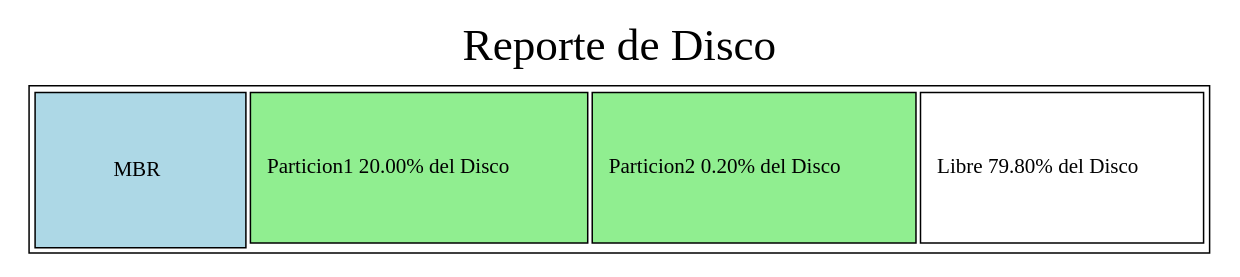
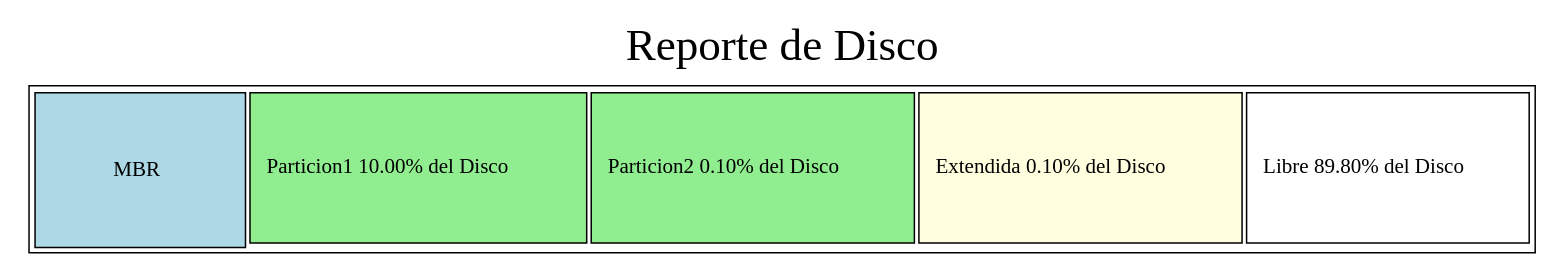
The diagram in PROYECTO/salidas/report_disk.dot (FJVicVel03/MIA_2S_P1_202111576), drawn with Graphviz before and after one commit. The commit also changed 18 other files, not shown here.

```diff
--- a/PROYECTO/salidas/report_disk.dot
+++ b/PROYECTO/salidas/report_disk.dot
@@ -1,13 +1,13 @@
 digraph G {
 rankdir=LR;
 margin=0.1;
 label="Reporte de Disco";
 labelloc="t";
 fontsize=30;
 node [shape=plaintext];
 n1 [label=<
 <TABLE BORDER="1" CELLBORDER="1" CELLSPACING="3" CELLPADDING="10">
 <TR>
 <TD ROWSPAN="2" WIDTH="140" HEIGHT="100" BGCOLOR="lightblue" ALIGN="CENTER" VALIGN="MIDDLE">MBR</TD>
-<TD WIDTH="140" HEIGHT="100" BGCOLOR="lightgreen" ALIGN="CENTER" VALIGN="MIDDLE">Particion1 20.00% del Disco</TD><TD WIDTH="140" HEIGHT="100" BGCOLOR="lightgreen" ALIGN="CENTER" VALIGN="MIDDLE">Particion2 0.20% del Disco</TD><TD WIDTH="140" HEIGHT="100" BGCOLOR="white" ALIGN="CENTER" VALIGN="MIDDLE">Libre 79.80% del Disco</TD></TR></TABLE>>];
+<TD WIDTH="140" HEIGHT="100" BGCOLOR="lightgreen" ALIGN="CENTER" VALIGN="MIDDLE">Particion1 10.00% del Disco</TD><TD WIDTH="140" HEIGHT="100" BGCOLOR="lightgreen" ALIGN="CENTER" VALIGN="MIDDLE">Particion2 0.10% del Disco</TD><TD WIDTH="140" HEIGHT="100" BGCOLOR="lightyellow" ALIGN="CENTER" VALIGN="MIDDLE">Extendida 0.10% del Disco</TD><TD WIDTH="140" HEIGHT="100" BGCOLOR="white" ALIGN="CENTER" VALIGN="MIDDLE">Libre 89.80% del Disco</TD></TR></TABLE>>];
 }
```
